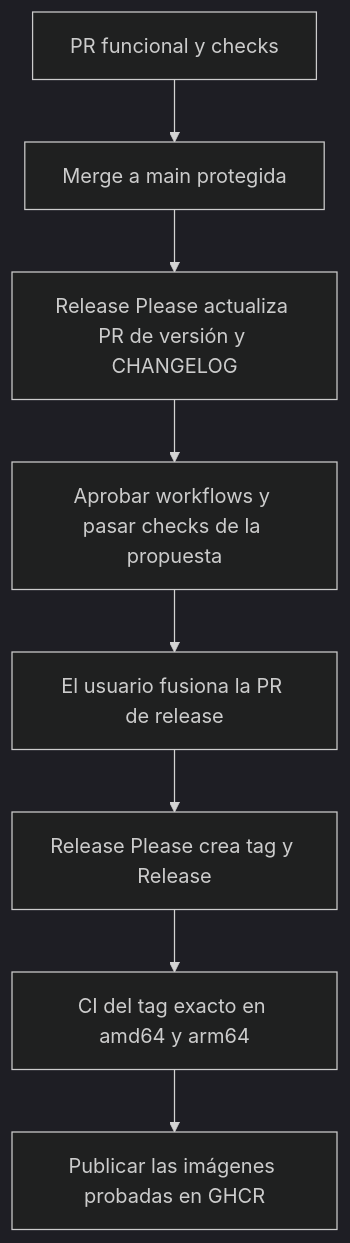
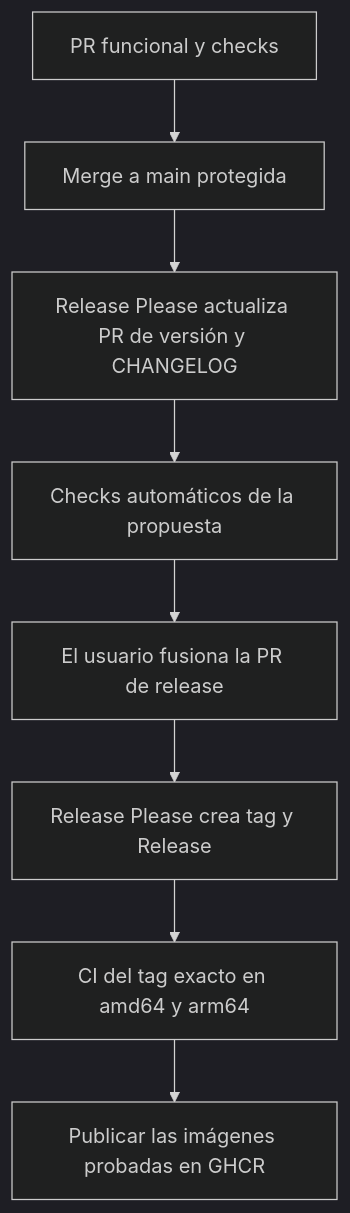
Before and after one commit to brunofelixns/mealie-mcp-server: the diagram in docs/ci.md, drawn with Mermaid (dark theme). The commit also changed other lines of this file and 7 other files, not shown here.

````diff
--- a/docs/ci.md
+++ b/docs/ci.md
@@ -32,10 +32,10 @@
 ```mermaid
 flowchart TD
     A[PR funcional y checks] --> B[Merge a main protegida]
     B --> C[Release Please actualiza PR de versión y CHANGELOG]
-    C --> D[Aprobar workflows y pasar checks de la propuesta]
+    C --> D[Checks automáticos de la propuesta]
     D --> E[El usuario fusiona la PR de release]
     E --> F[Release Please crea tag y Release]
     F --> G[CI del tag exacto en amd64 y arm64]
     G --> H[Publicar las imágenes probadas en GHCR]
 ```
````
